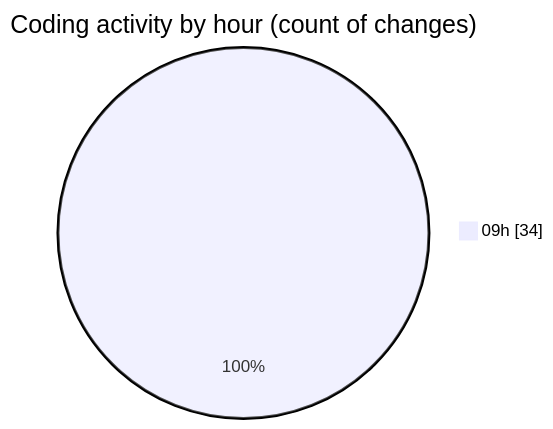
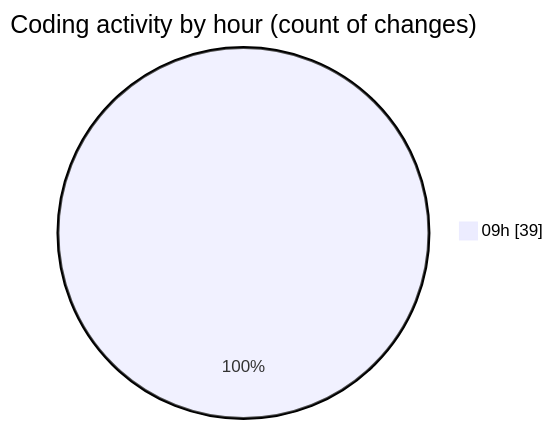
The second of 2 diagrams in 2026-01-12/cda/README.md (momahboobian/code-tracking), drawn with Mermaid before and after one commit. The commit also changed other lines of this file and 1 other file, not shown here.

````diff
--- a/2026-01-12/cda/README.md
+++ b/2026-01-12/cda/README.md
@@ -34,5 +34,5 @@
 ```mermaid
 pie showData
 title Coding activity by hour (count of changes)
-"09h" : 34
+"09h" : 39
 ```
````
